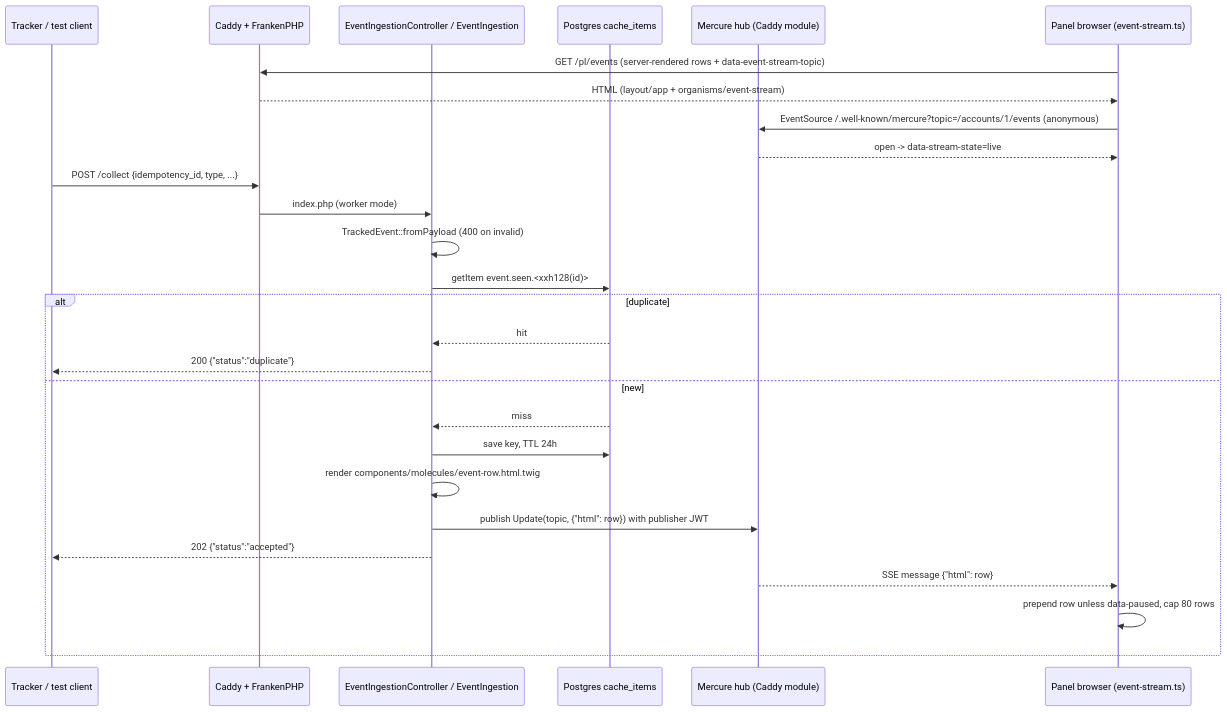
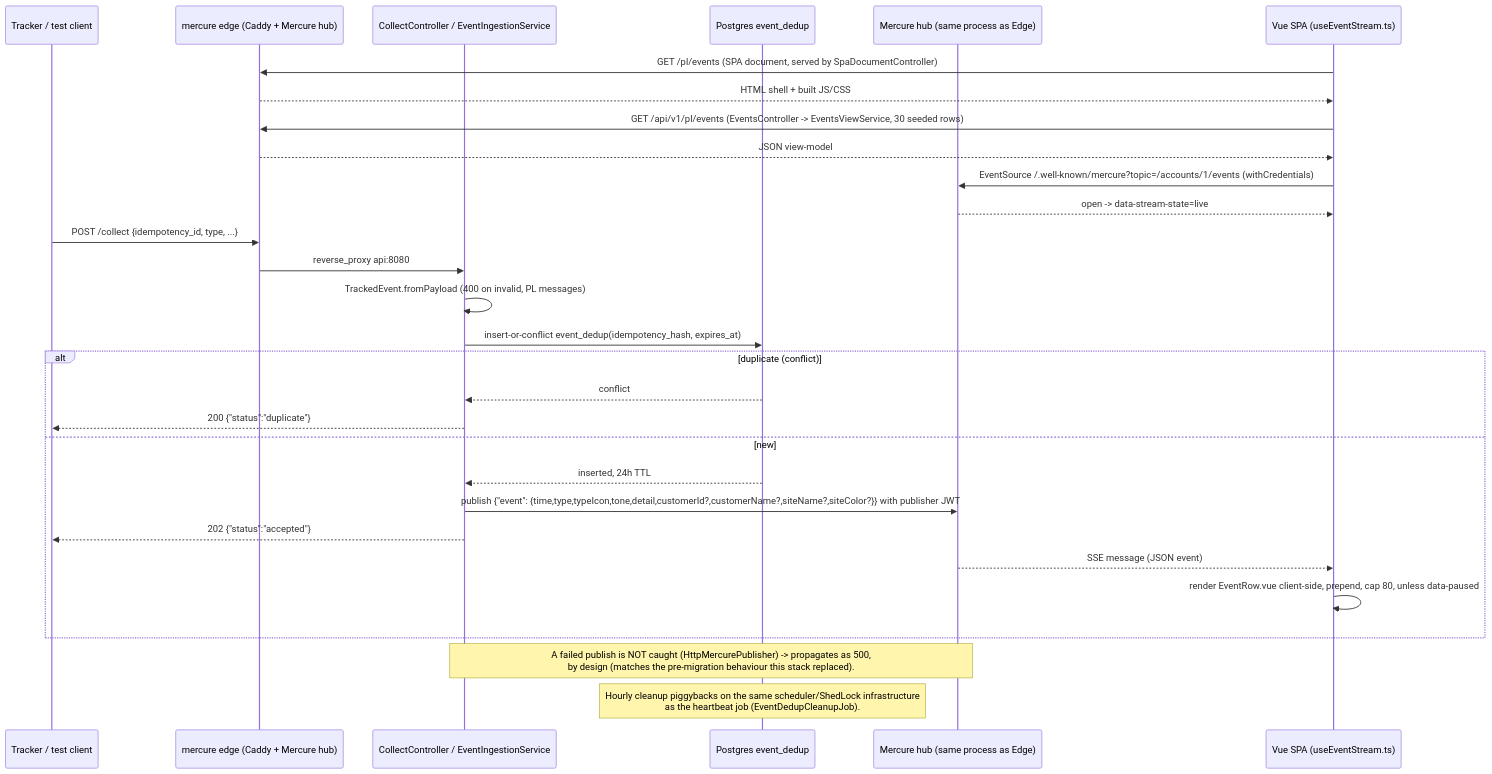
Before and after one commit to muszkin/kivvi-click: the diagram in context/map/diagrams/primary-runtime-flow.mmd, drawn with Mermaid. The commit also changed 19 other files, not shown here.

```diff
--- a/context/map/diagrams/primary-runtime-flow.mmd
+++ b/context/map/diagrams/primary-runtime-flow.mmd
@@ -1,30 +1,35 @@
-%% Primary runtime flow — event ingestion and live stream (observed in src/Tracking, assets/controllers/event-stream.ts, frankenphp/Caddyfile)
+%% Primary runtime flow — event ingestion and live stream
+%% (observed in backend/src/main/java/click/kivvi/{web/CollectController.java,application/tracking,infrastructure},
+%%  frontend/src/composables/useEventStream.ts, mercure/Caddyfile)
 sequenceDiagram
   participant Tracker as Tracker / test client
-  participant Caddy as Caddy + FrankenPHP
-  participant App as EventIngestionController / EventIngestion
-  participant PG as Postgres cache_items
-  participant Hub as Mercure hub (Caddy module)
-  participant Panel as Panel browser (event-stream.ts)
+  participant Edge as mercure edge (Caddy + Mercure hub)
+  participant Api as CollectController / EventIngestionService
+  participant PG as Postgres event_dedup
+  participant Hub as Mercure hub (same process as Edge)
+  participant SPA as Vue SPA (useEventStream.ts)
 
-  Panel->>Caddy: GET /pl/events (server-rendered rows + data-event-stream-topic)
-  Caddy-->>Panel: HTML (layout/app + organisms/event-stream)
-  Panel->>Hub: EventSource /.well-known/mercure?topic=/accounts/1/events (anonymous)
-  Hub-->>Panel: open -> data-stream-state=live
+  SPA->>Edge: GET /pl/events (SPA document, served by SpaDocumentController)
+  Edge-->>SPA: HTML shell + built JS/CSS
+  SPA->>Edge: GET /api/v1/pl/events (EventsController -> EventsViewService, 30 seeded rows)
+  Edge-->>SPA: JSON view-model
+  SPA->>Hub: EventSource /.well-known/mercure?topic=/accounts/1/events (withCredentials)
+  Hub-->>SPA: open -> data-stream-state=live
 
-  Tracker->>Caddy: POST /collect {idempotency_id, type, ...}
-  Caddy->>App: index.php (worker mode)
-  App->>App: TrackedEvent::fromPayload (400 on invalid)
-  App->>PG: getItem event.seen.<xxh128(id)>
-  alt duplicate
-    PG-->>App: hit
-    App-->>Tracker: 200 {"status":"duplicate"}
+  Tracker->>Edge: POST /collect {idempotency_id, type, ...}
+  Edge->>Api: reverse_proxy api:8080
+  Api->>Api: TrackedEvent.fromPayload (400 on invalid, PL messages)
+  Api->>PG: insert-or-conflict event_dedup(idempotency_hash, expires_at)
+  alt duplicate (conflict)
+    PG-->>Api: conflict
+    Api-->>Tracker: 200 {"status":"duplicate"}
   else new
-    PG-->>App: miss
-    App->>PG: save key, TTL 24h
-    App->>App: render components/molecules/event-row.html.twig
-    App->>Hub: publish Update(topic, {"html": row}) with publisher JWT
-    App-->>Tracker: 202 {"status":"accepted"}
-    Hub-->>Panel: SSE message {"html": row}
-    Panel->>Panel: prepend row unless data-paused, cap 80 rows
+    PG-->>Api: inserted, 24h TTL
+    Api->>Hub: publish {"event": {time,type,typeIcon,tone,detail,customerId?,customerName?,siteName?,siteColor?}} with publisher JWT
+    Api-->>Tracker: 202 {"status":"accepted"}
+    Hub-->>SPA: SSE message (JSON event)
+    SPA->>SPA: render EventRow.vue client-side, prepend, cap 80, unless data-paused
   end
+
+  Note over Api,Hub: A failed publish is NOT caught (HttpMercurePublisher) -> propagates as 500,<br/>by design (matches the pre-migration behaviour this stack replaced).
+  Note over PG: Hourly cleanup piggybacks on the same scheduler/ShedLock infrastructure<br/>as the heartbeat job (EventDedupCleanupJob).
```
